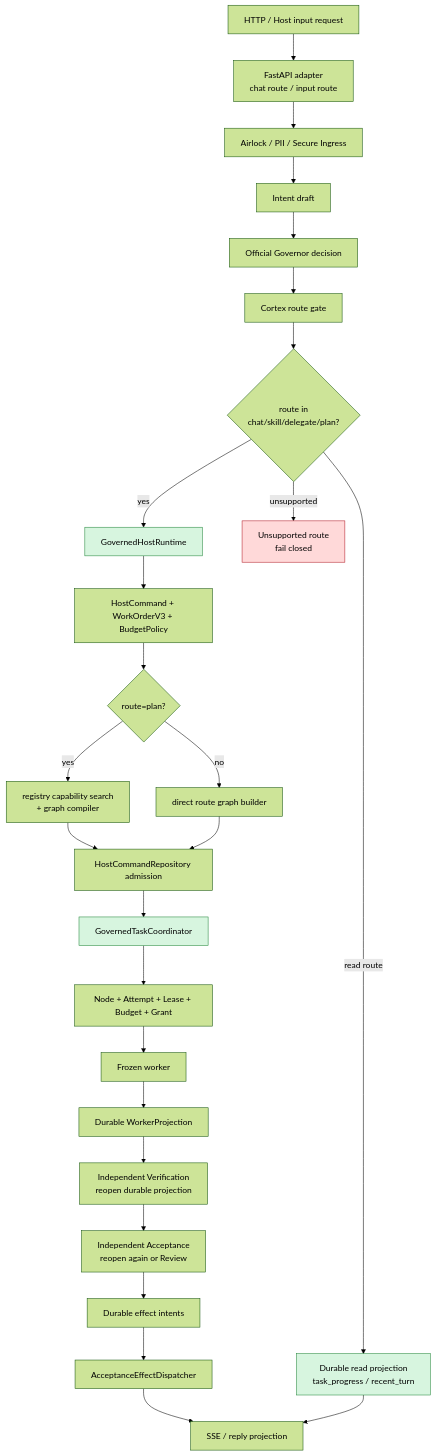
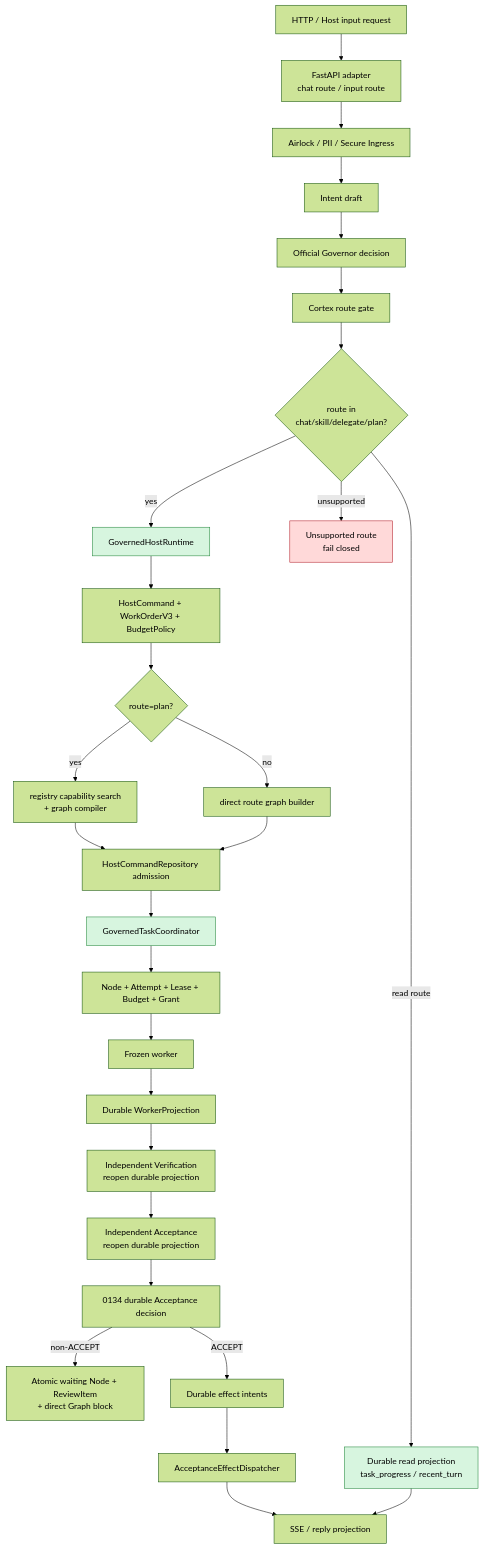
Before and after one commit to SakuraYoruno/Natsume_Ai: the first of 4 diagrams in docs/50_project/arch/diagrams/02_main_chain_flow.md, drawn with Mermaid (forest theme). The commit also changed other lines of this file and 44 other files, not shown here.

````diff
--- a/docs/50_project/arch/diagrams/02_main_chain_flow.md
+++ b/docs/50_project/arch/diagrams/02_main_chain_flow.md
@@ -13,40 +13,44 @@
 ```mermaid
 flowchart TD
     REQ["HTTP / Host input request"]
     ROUTE["FastAPI adapter\nchat route / input route"]
     AIR["Airlock / PII / Secure Ingress"]
     INTENT["Intent draft"]
     GOV["Official Governor decision"]
     CORTEX["Cortex route gate"]
     SUPPORT{"route in\nchat/skill/delegate/plan?"}
     GR["GovernedHostRuntime"]
     BUILD["HostCommand + WorkOrderV3 + BudgetPolicy"]
     PLAN{"route=plan?"}
     SEARCH["registry capability search\n+ graph compiler"]
     DIRECT["direct route graph builder"]
     ADMIT["HostCommandRepository admission"]
     TASK["GovernedTaskCoordinator"]
     NODE["Node + Attempt + Lease + Budget + Grant"]
     WORK["Frozen worker"]
     PROJECTION["Durable WorkerProjection"]
     VERIFY["Independent Verification\nreopen durable projection"]
-    ACCEPT["Independent Acceptance\nreopen again or Review"]
+    ACCEPT["Independent Acceptance\nreopen durable projection"]
+    ADEC["0134 durable Acceptance decision"]
+    REVIEW["Atomic waiting Node + ReviewItem\n+ direct Graph block"]
     EFFECT["Durable effect intents"]
     DISPATCH["AcceptanceEffectDispatcher"]
     SSE["SSE / reply projection"]
     READ["Durable read projection\ntask_progress / recent_turn"]
     REJECT["Unsupported route\nfail closed"]
 
     REQ --> ROUTE --> AIR --> INTENT --> GOV --> CORTEX --> SUPPORT
     SUPPORT -->|"yes"| GR --> BUILD --> PLAN
     PLAN -->|"yes"| SEARCH --> ADMIT
     PLAN -->|"no"| DIRECT --> ADMIT
-    ADMIT --> TASK --> NODE --> WORK --> PROJECTION --> VERIFY --> ACCEPT --> EFFECT --> DISPATCH --> SSE
+    ADMIT --> TASK --> NODE --> WORK --> PROJECTION --> VERIFY --> ACCEPT --> ADEC
+    ADEC -->|"ACCEPT"| EFFECT --> DISPATCH --> SSE
+    ADEC -->|"non-ACCEPT"| REVIEW
     SUPPORT -->|"read route"| READ --> SSE
     SUPPORT -->|"unsupported"| REJECT
 
     style GR fill:#d7f5df,stroke:#22863a
     style TASK fill:#d7f5df,stroke:#22863a
     style READ fill:#d7f5df,stroke:#22863a
     style REJECT fill:#ffd9d9,stroke:#b31d28
 ```
````
